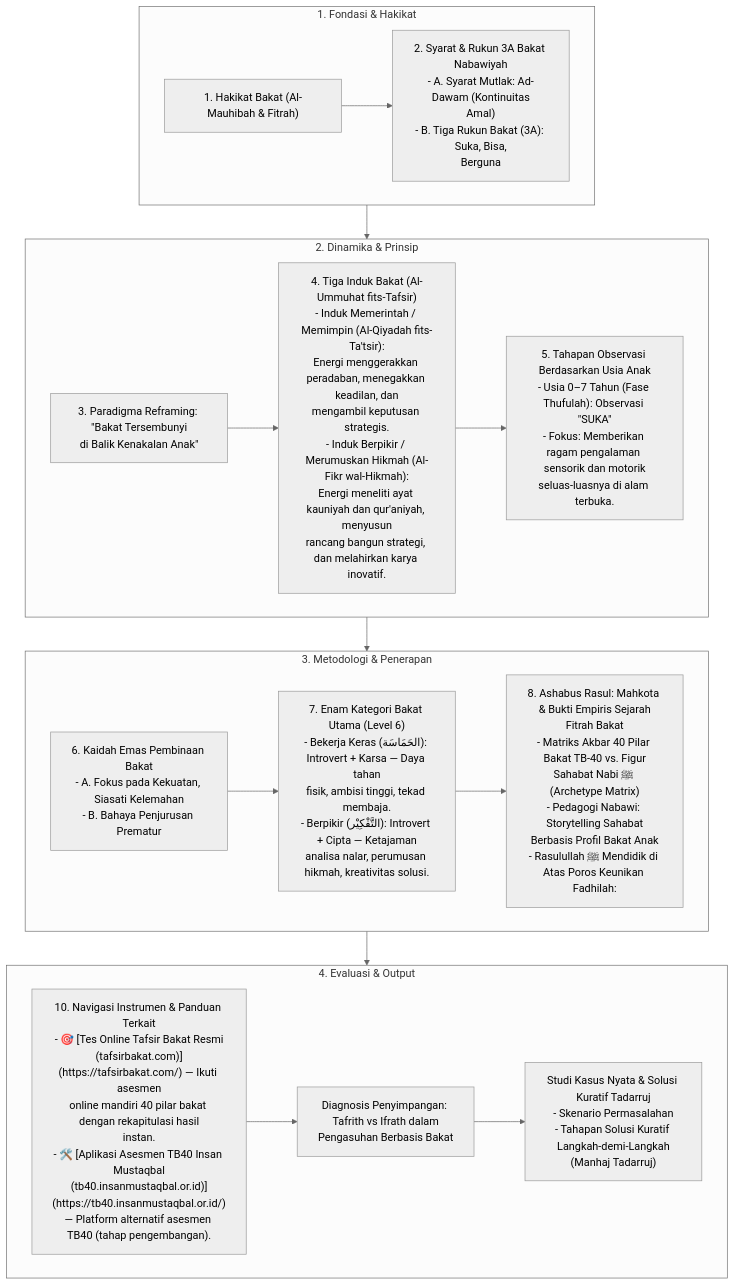
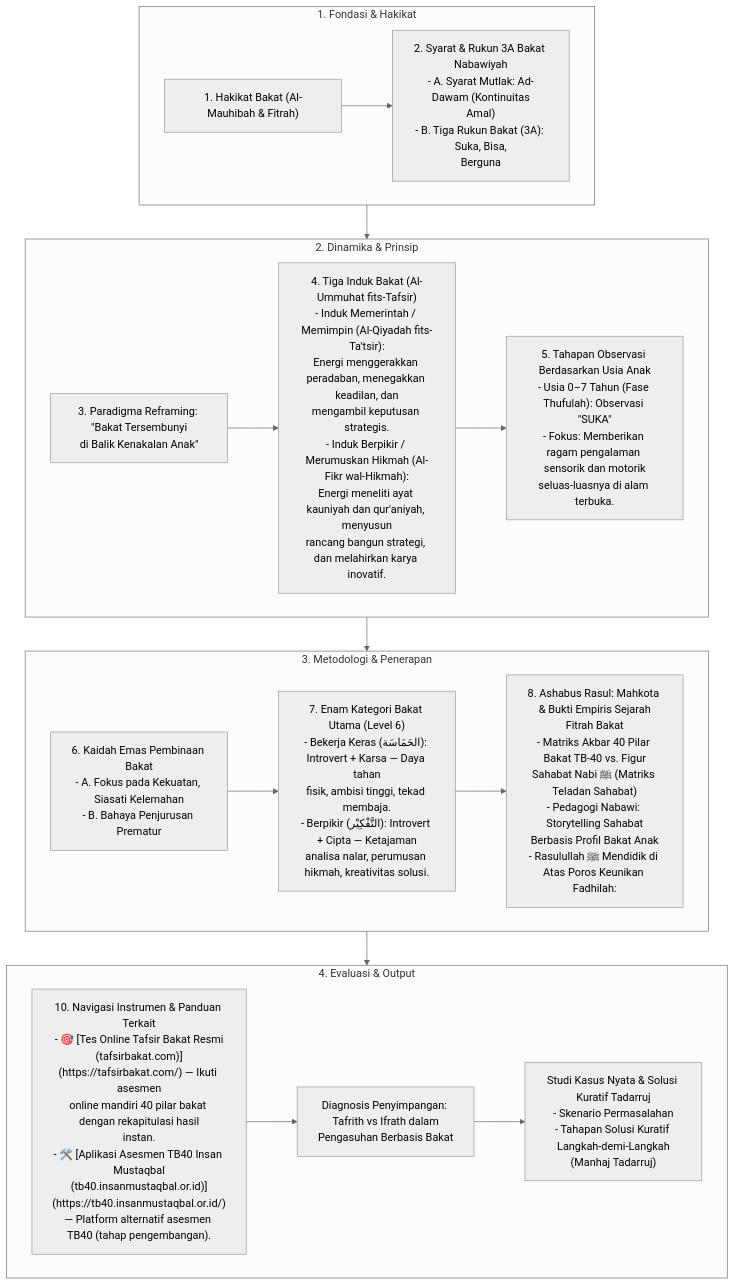
One commit to decaller/wiki-pkn changed the diagram in content_flow/Dokumen Pendidikan Karakter Nabawiyah/Paradigma & Implementasi/Insan/Fitrah (Karakter)/Bakat/index.md. Above: the diagram before and after it, drawn with Mermaid (neutral theme). The commit also changed 410 other files, not shown here.

````diff
--- a/content_flow/Dokumen Pendidikan Karakter Nabawiyah/Paradigma & Implementasi/Insan/Fitrah (Karakter)/Bakat/index.md
+++ b/content_flow/Dokumen Pendidikan Karakter Nabawiyah/Paradigma & Implementasi/Insan/Fitrah (Karakter)/Bakat/index.md
@@ -10,36 +10,36 @@
 ```mermaid
 flowchart TD
     subgraph S1["1. Fondasi & Hakikat"]
         N1_1["1. Hakikat Bakat (Al-Mauhibah & Fitrah)"]
         N1_2["2. Syarat & Rukun 3A Bakat Nabawiyah<br/>- A. Syarat Mutlak: Ad-Dawam (Kontinuitas<br/>Amal)<br/>- B. Tiga Rukun Bakat (3A): Suka, Bisa,<br/>Berguna"]
         N1_1 --> N1_2
     end
 
     subgraph S2["2. Dinamika & Prinsip"]
         N2_1["3. Paradigma Reframing: &quot;Bakat Tersembunyi<br/>di Balik Kenakalan Anak&quot;"]
         N2_2["4. Tiga Induk Bakat (Al-Ummuhat fits-Tafsir)<br/>- Induk Memerintah / Memimpin (Al-Qiyadah fits-Ta'tsir):<br/>Energi menggerakkan peradaban, menegakkan keadilan, dan<br/>mengambil keputusan strategis.<br/>- Induk Berpikir / Merumuskan Hikmah (Al-Fikr wal-Hikmah):<br/>Energi meneliti ayat kauniyah dan qur'aniyah, menyusun<br/>rancang bangun strategi, dan melahirkan karya inovatif."]
         N2_1 --> N2_2
         N2_3["5. Tahapan Observasi Berdasarkan Usia Anak<br/>- Usia 0–7 Tahun (Fase Thufulah): Observasi &quot;SUKA&quot;<br/>- Fokus: Memberikan ragam pengalaman sensorik dan motorik<br/>seluas-luasnya di alam terbuka."]
         N2_2 --> N2_3
     end
 
     subgraph S3["3. Metodologi & Penerapan"]
         N3_1["6. Kaidah Emas Pembinaan Bakat<br/>- A. Fokus pada Kekuatan, Siasati Kelemahan<br/>- B. Bahaya Penjurusan Prematur"]
         N3_2["7. Enam Kategori Bakat Utama (Level 6)<br/>- Bekerja Keras (الحَمَاسَة): Introvert + Karsa — Daya tahan<br/>fisik, ambisi tinggi, tekad membaja.<br/>- Berpikir (التَّفْكِيْر): Introvert + Cipta — Ketajaman<br/>analisa nalar, perumusan hikmah, kreativitas solusi."]
         N3_1 --> N3_2
-        N3_3["8. Ashabus Rasul: Mahkota & Bukti Empiris Sejarah<br/>Fitrah Bakat<br/>- Matriks Akbar 40 Pilar Bakat TB-40 vs. Figur<br/>Sahabat Nabi ﷺ (Archetype Matrix)<br/>- Pedagogi Nabawi: Storytelling Sahabat<br/>Berbasis Profil Bakat Anak<br/>- Rasulullah ﷺ Mendidik di Atas Poros Keunikan Fadhilah:"]
+        N3_3["8. Ashabus Rasul: Mahkota & Bukti Empiris Sejarah<br/>Fitrah Bakat<br/>- Matriks Akbar 40 Pilar Bakat TB-40 vs. Figur<br/>Sahabat Nabi ﷺ (Matriks Teladan Sahabat)<br/>- Pedagogi Nabawi: Storytelling Sahabat<br/>Berbasis Profil Bakat Anak<br/>- Rasulullah ﷺ Mendidik di Atas Poros Keunikan Fadhilah:"]
         N3_2 --> N3_3
     end
 
     subgraph S4["4. Evaluasi & Output"]
         N4_1["10. Navigasi Instrumen & Panduan Terkait<br/>- 🎯 [Tes Online Tafsir Bakat Resmi<br/>(tafsirbakat.com)](https://tafsirbakat.com/) — Ikuti asesmen<br/>online mandiri 40 pilar bakat dengan rekapitulasi hasil<br/>instan.<br/>- 🛠️ [Aplikasi Asesmen TB40 Insan Mustaqbal<br/>(tb40.insanmustaqbal.or.id)](https://tb40.insanmustaqbal.or.id/)<br/>— Platform alternatif asesmen TB40 (tahap pengembangan)."]
         N4_2["Diagnosis Penyimpangan: Tafrith vs Ifrath dalam<br/>Pengasuhan Berbasis Bakat"]
         N4_1 --> N4_2
         N4_3["Studi Kasus Nyata & Solusi Kuratif Tadarruj<br/>- Skenario Permasalahan<br/>- Tahapan Solusi Kuratif Langkah-demi-Langkah<br/>(Manhaj Tadarruj)"]
         N4_2 --> N4_3
     end
 
     S1 --> S2
     S2 --> S3
     S3 --> S4
 ```
````
